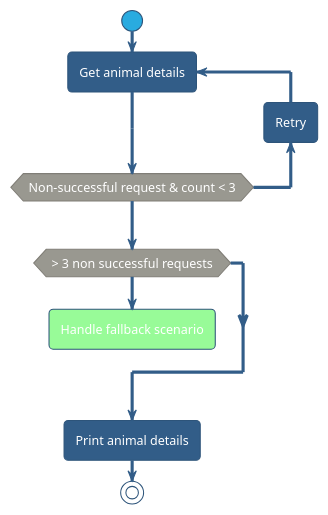
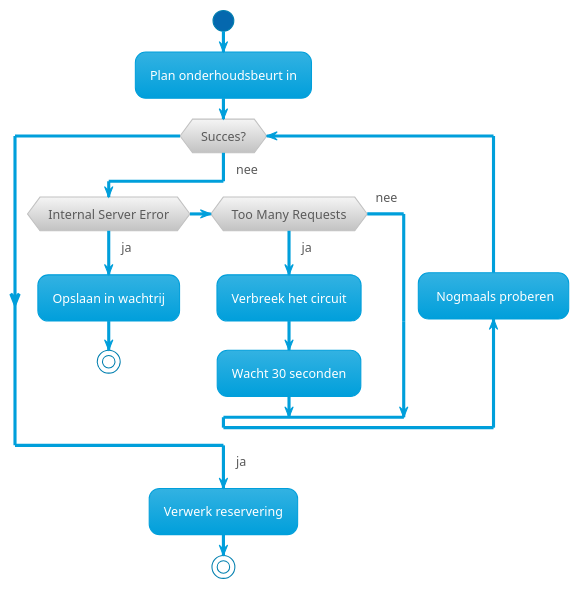
One commit to jacobduijzer/ResilienceWithPollyDemo changed the diagram in design/retryfallback.pu. Above: the diagram before and after it, drawn with PlantUML. The commit also changed 5 other files, not shown here.

```diff
--- a/design/retryfallback.pu
+++ b/design/retryfallback.pu
@@ -1,17 +1,25 @@
 @startuml
-!theme sandstone
+
+!theme bluegray
 
 start
 
-repeat :Get animal details;
-backward:Retry;
-repeat while (Non-successful request & count < 3)
-->no;
-if(> 3 non successful requests) then (yes)
-	#palegreen:Handle fallback scenario;
-	kill
-endif 
-->no;
-:Print animal details;
+:Plan onderhoudsbeurt in;
+
+while(Succes?) is (nee)
+	if(Internal Server Error) then (ja)
+		:Opslaan in wachtrij;
+		stop
+	elseif (Too Many Requests) then (ja)
+		:Verbreek het circuit;
+		:Wacht 30 seconden;
+	else (nee)
+	endif
+	backward: Nogmaals proberen;
+endwhile
+-> ja;
+:Verwerk reservering;
+
 stop
+
 @enduml
```
